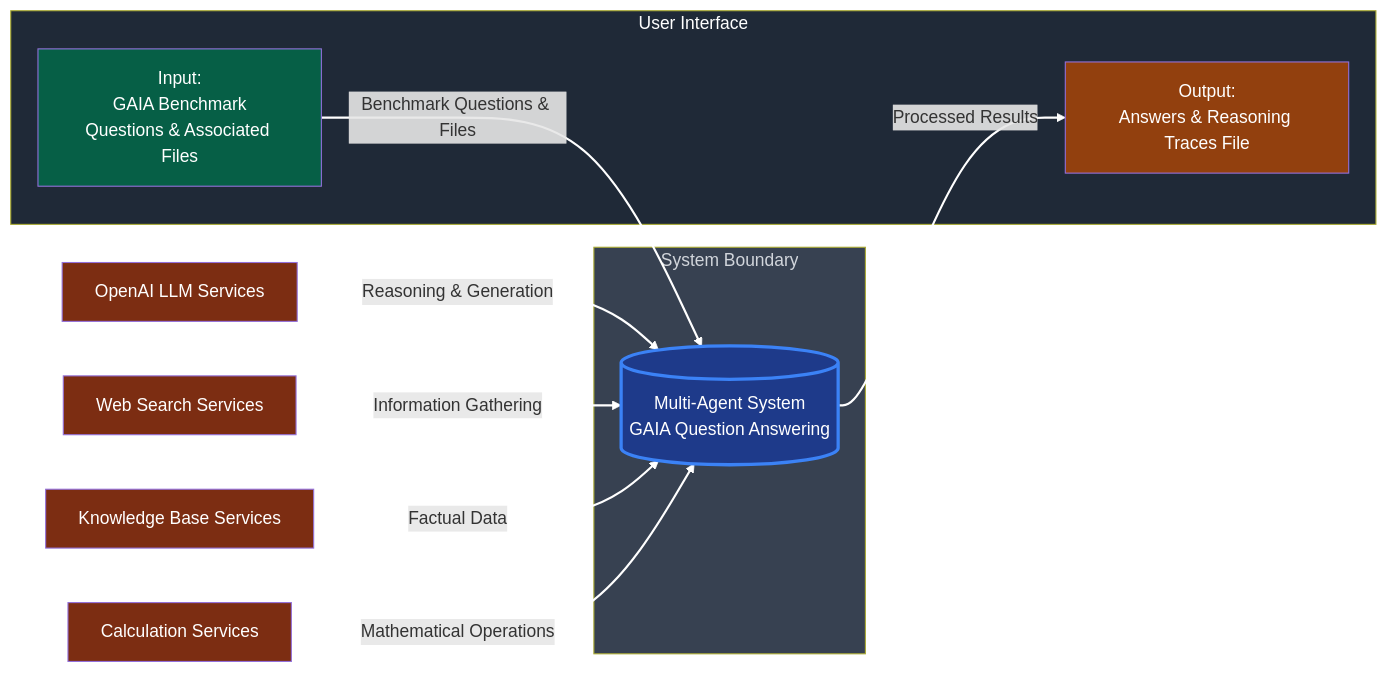
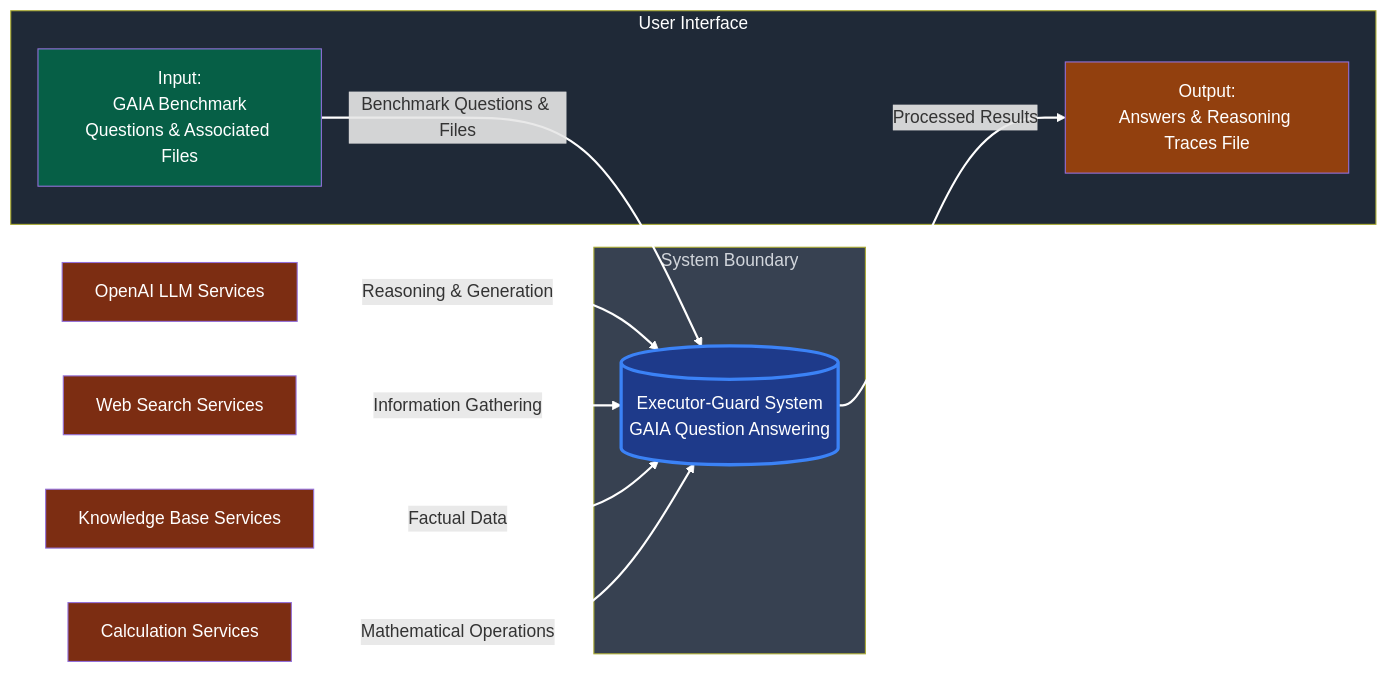
One commit to jdsham/hf-ai-agents-course changed the first of 7 diagrams in docs/src/ARCHITECTURE.md. Above: the diagram before and after it, drawn with Mermaid. The commit also changed other lines of this file and 54 other files, not shown here.

Commit message:
Initial commit for executor + guard agent as a tool architecture.

````diff
--- a/docs/src/ARCHITECTURE.md
+++ b/docs/src/ARCHITECTURE.md
@@ -215,49 +65,46 @@
 ```mermaid
 graph LR
-    %% External Services (top - required for system operation)
+    %% External Services
     LLM[OpenAI LLM Services]
     WebSearch[Web Search Services]
     Knowledge[Knowledge Base Services]
     Calculator[Calculation Services]
     
     %% Central System
-    System[("Multi-Agent System<br/>GAIA Question Answering")]
+    System[("Executor-Guard System<br/>GAIA Question Answering")]
     
     %% System Boundary
     subgraph SystemBoundary["System Boundary"]
         System
     end
     
-    %% User Interface (below system boundary)
+    %% User Interface
     subgraph UserInterface["User Interface"]
         Input[Input:<br/>GAIA Benchmark<br/>Questions & Associated Files]
         Output[Output:<br/>Answers & Reasoning Traces File]
     end
     
-    %% Data Flow - External Services to System
+    %% Data Flow
     LLM -->|Reasoning & Generation| System
     WebSearch -->|Information Gathering| System
     Knowledge -->|Factual Data| System
     Calculator -->|Mathematical Operations| System
-    
-    %% Data Flow - Input/Output (below system boundary)
     Input -->|Benchmark Questions & Files| System
     System -->|Processed Results| Output
     
-    %% Link styling
+    %% Styling
     linkStyle default stroke:#ffffff,stroke-width:2px
-    
     classDef system fill:#1e3a8a,color:#ffffff,stroke:#3b82f6,stroke-width:3px
     classDef input fill:#065f46,color:#ffffff
     classDef output fill:#92400e,color:#ffffff
     classDef services fill:#7c2d12,color:#ffffff
     classDef boundary fill:#374151,color:#d1d5db
     classDef interface fill:#1f2937,color:#ffffff
     
     class System system
     class Input input
     class Output output
     class LLM,WebSearch,Knowledge,Calculator services
     class SystemBoundary boundary
     class UserInterface interface
 ```
````
